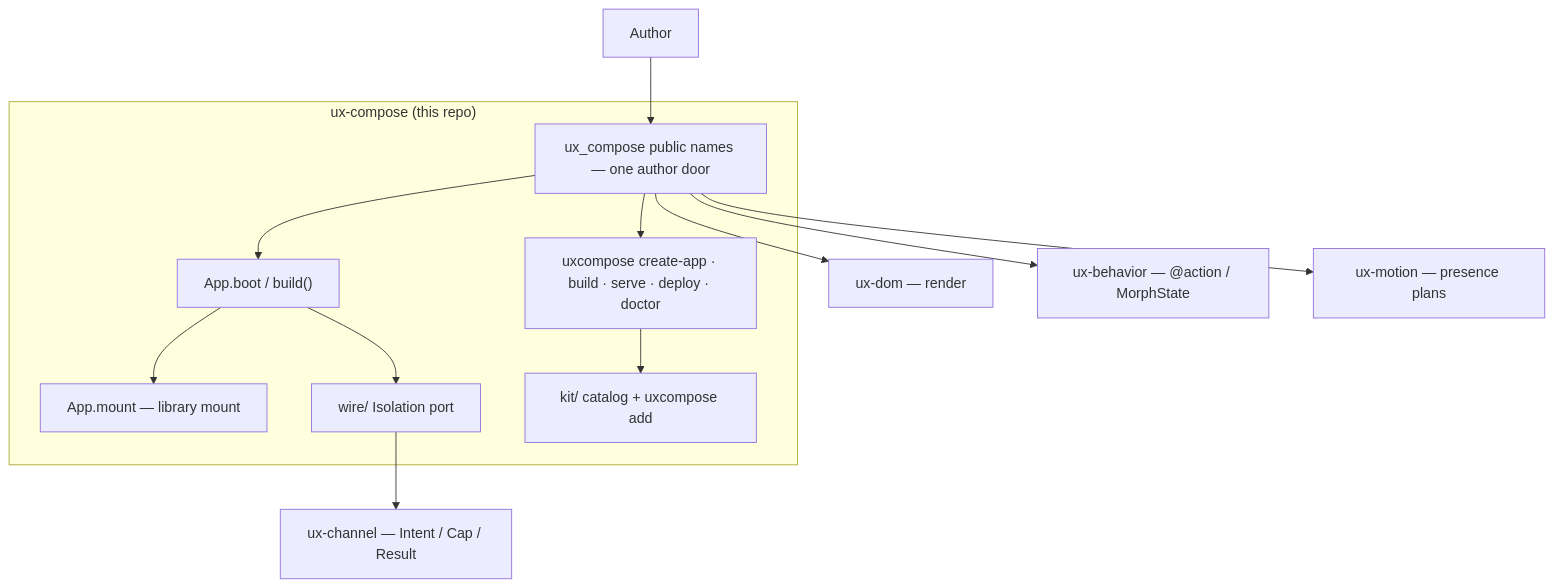
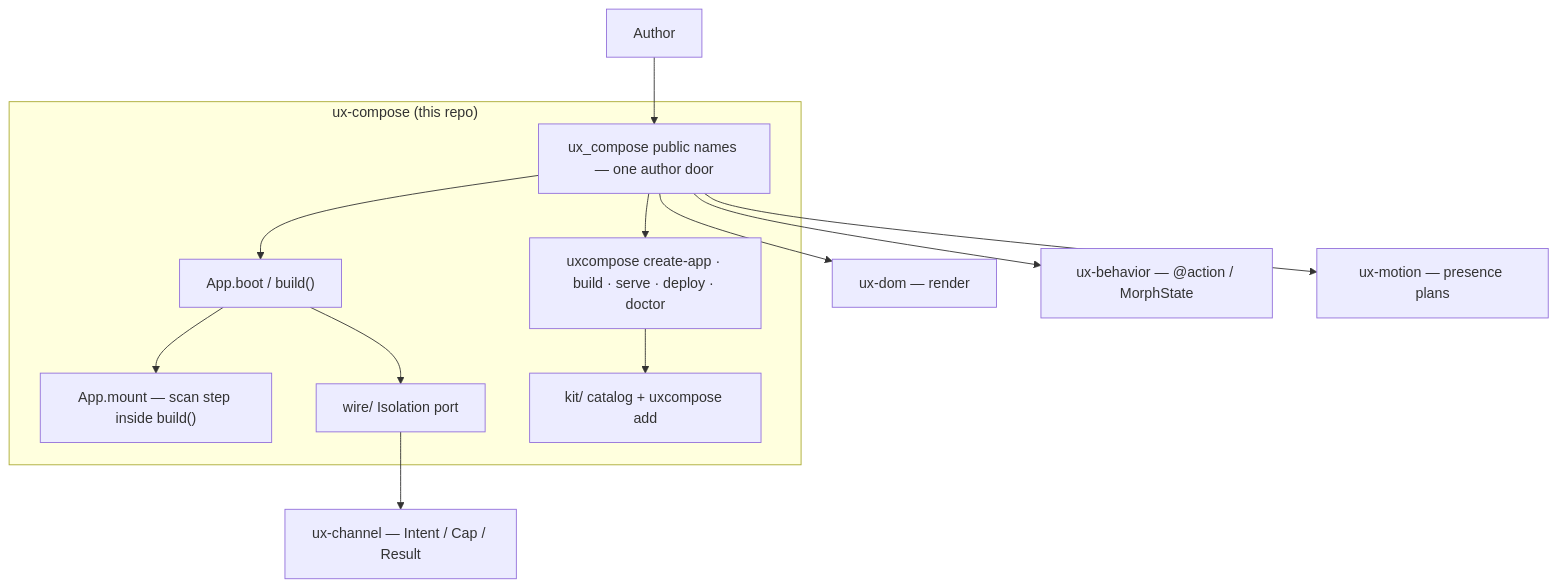
The diagram in docs/internals/c4.md (bitplorer/ux-compose), drawn with Mermaid before and after one commit. The commit also changed other lines of this file and 1 other file, not shown here.

````diff
--- a/docs/internals/c4.md
+++ b/docs/internals/c4.md
@@ -12,26 +12,26 @@
 ```mermaid
 flowchart TB
   Author[Author]
   subgraph this["ux-compose (this repo)"]
     Door["ux_compose public names — one author door"]
     App["App.boot / build()"]
-    Mount["App.mount — library mount"]
+    Mount["App.mount — scan step inside build()"]
     CLI["uxcompose create-app · build · serve · deploy · doctor"]
     Kit["kit/ catalog + uxcompose add"]
     Wire["wire/ Isolation port"]
   end
   Dom["ux-dom — render"]
   Channel["ux-channel — Intent / Cap / Result"]
   Behavior["ux-behavior — @action / MorphState"]
   Motion["ux-motion — presence plans"]
   Author --> Door
   Door --> App
   Door --> CLI
   App --> Mount
   CLI --> Kit
   App --> Wire
   Wire --> Channel
   Door --> Dom
   Door --> Behavior
   Door --> Motion
 ```
````
